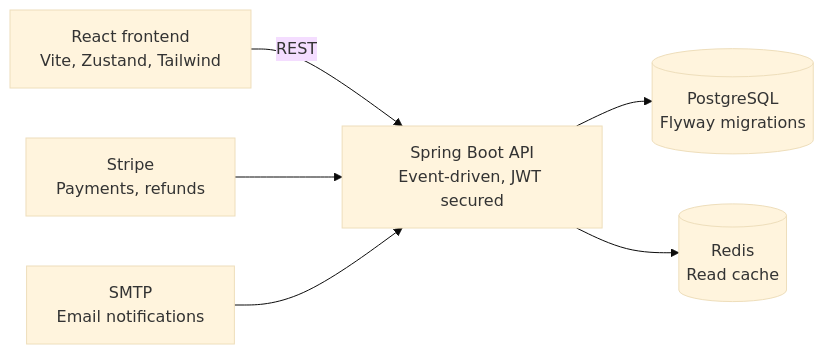
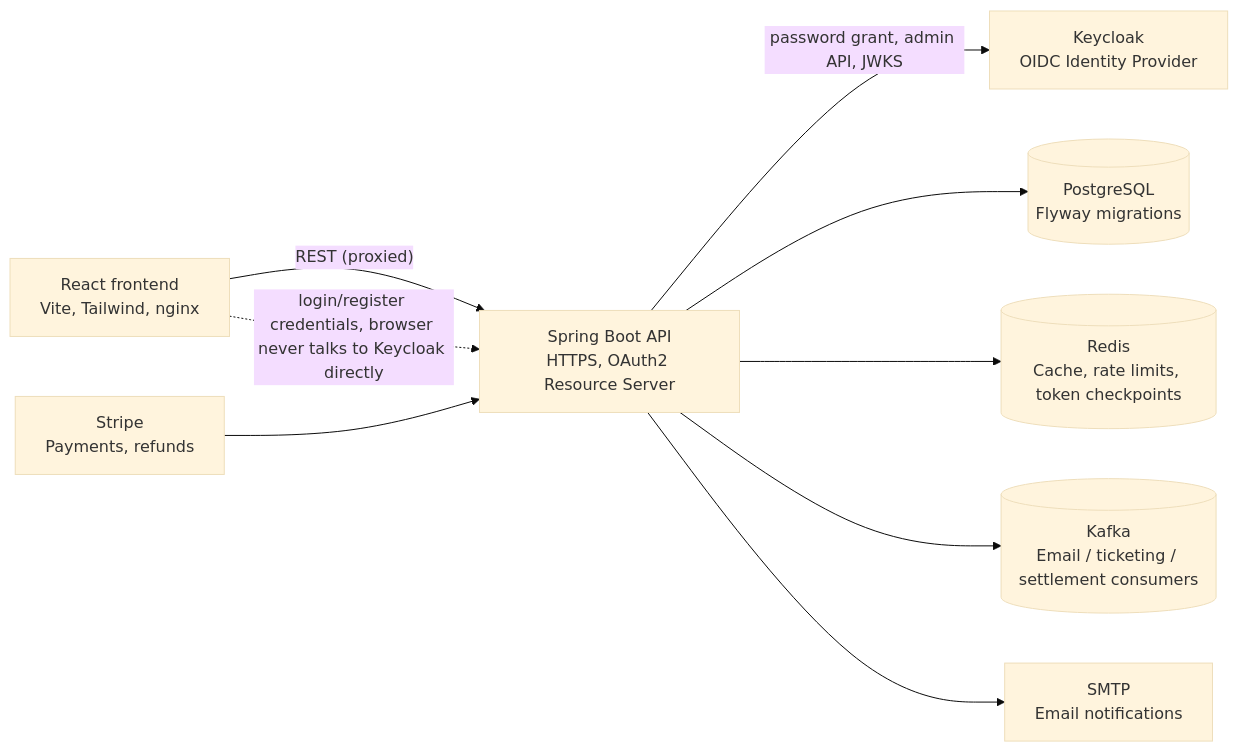
Before and after one commit to Nihadhiyan/Reservation_System_Backend: the diagram in README.md, drawn with Mermaid (base theme). The commit also changed other lines of this file and 21 other files, not shown here.

````diff
--- a/README.md
+++ b/README.md
@@ -13,15 +11,20 @@
 ```mermaid
 flowchart LR
-    FE["React frontend<br/>Vite, Zustand, Tailwind"]
-    API["Spring Boot API<br/>Event-driven, JWT secured"]
+    FE["React frontend<br/>Vite, Tailwind, nginx"]
+    API["Spring Boot API<br/>HTTPS, OAuth2 Resource Server"]
+    KC["Keycloak<br/>OIDC Identity Provider"]
     DB[("PostgreSQL<br/>Flyway migrations")]
-    CACHE[("Redis<br/>Read cache")]
+    CACHE[("Redis<br/>Cache, rate limits, token checkpoints")]
+    MQ[("Kafka<br/>Email / ticketing / settlement consumers")]
     STRIPE["Stripe<br/>Payments, refunds"]
     SMTP["SMTP<br/>Email notifications"]
 
-    FE -- REST --> API
+    FE -- "REST (proxied)" --> API
+    FE -. "login/register credentials, browser never talks to Keycloak directly" .-> API
+    API -- "password grant, admin API, JWKS" --> KC
     API --> DB
     API --> CACHE
+    API --> MQ
     STRIPE --> API
-    SMTP --> API
+    API --> SMTP
 ```
````
